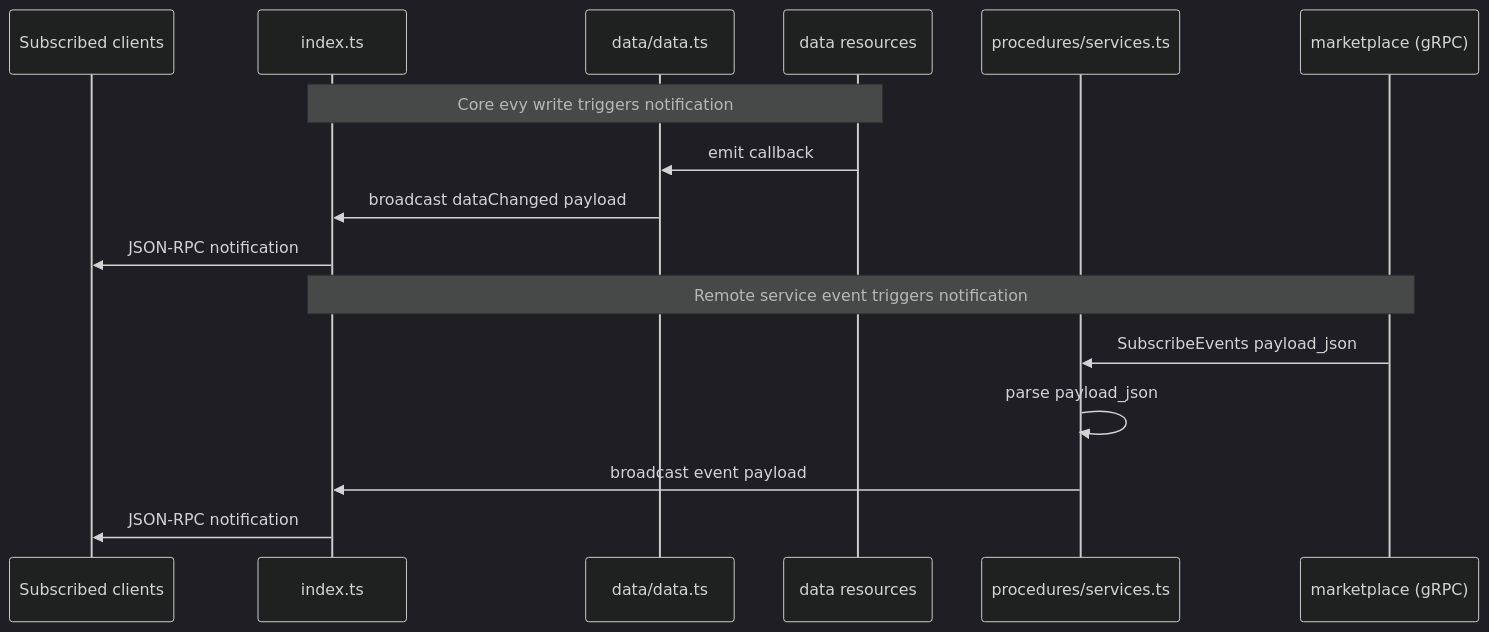
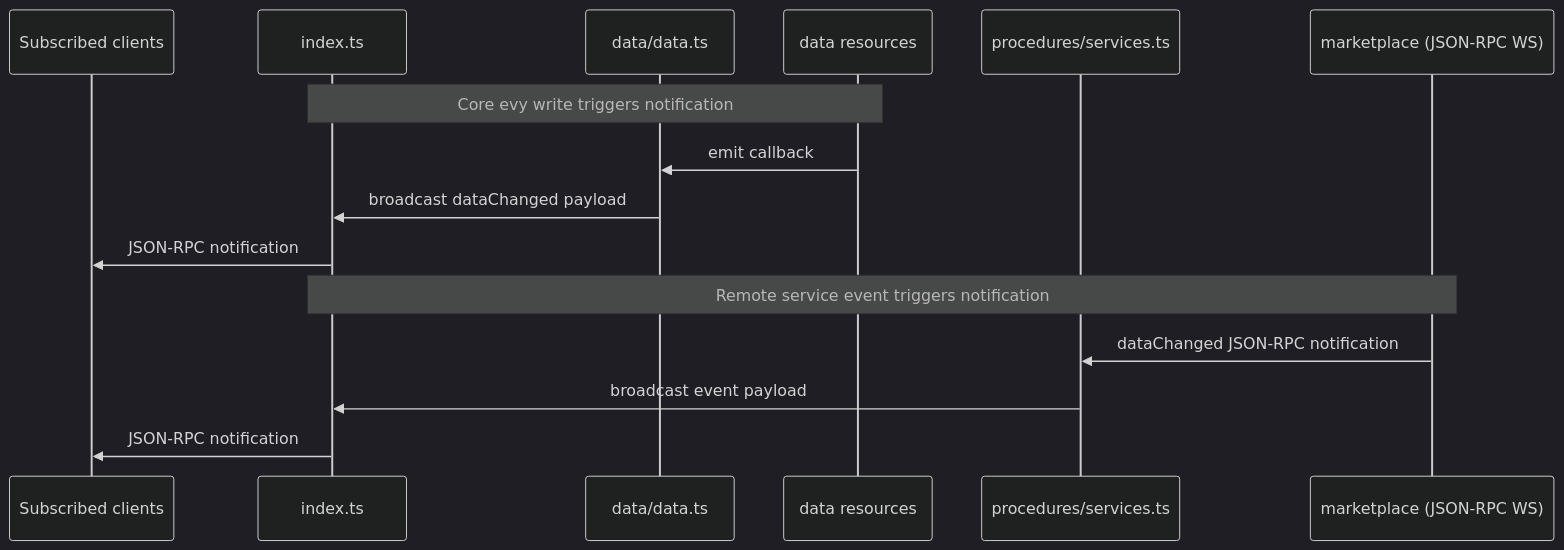
The second of 2 diagrams in api/README.md (EVY-Platform/evy), drawn with Mermaid (dark theme) before and after one commit. The commit also changed other lines of this file and 115 other files, not shown here.

````diff
--- a/api/README.md
+++ b/api/README.md
@@ -46,20 +46,19 @@
 ```mermaid
 sequenceDiagram
     participant Client as Subscribed clients
     participant index as index.ts
     participant data as data/data.ts
     participant resource as data resources
     participant services as procedures/services.ts
-    participant marketplace as marketplace (gRPC)
+    participant marketplace as marketplace (JSON-RPC WS)
 
     Note over resource,index: Core evy write triggers notification
     resource->>data: emit callback
     data->>index: broadcast dataChanged payload
     index->>Client: JSON-RPC notification
 
     Note over marketplace,index: Remote service event triggers notification
-    marketplace->>services: SubscribeEvents payload_json
-    services->>services: parse payload_json
+    marketplace->>services: dataChanged JSON-RPC notification
     services->>index: broadcast event payload
     index->>Client: JSON-RPC notification
 ```
````
